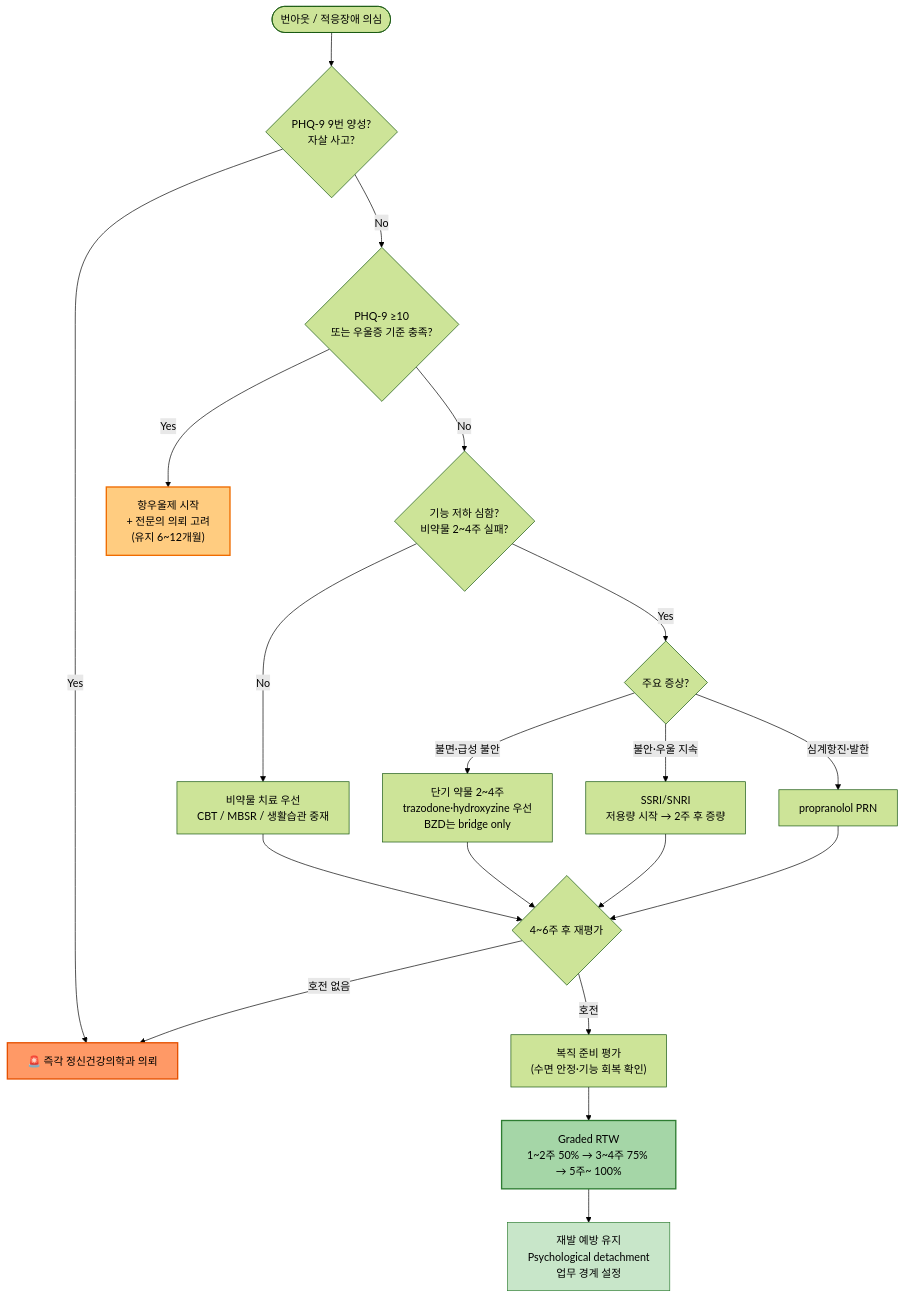
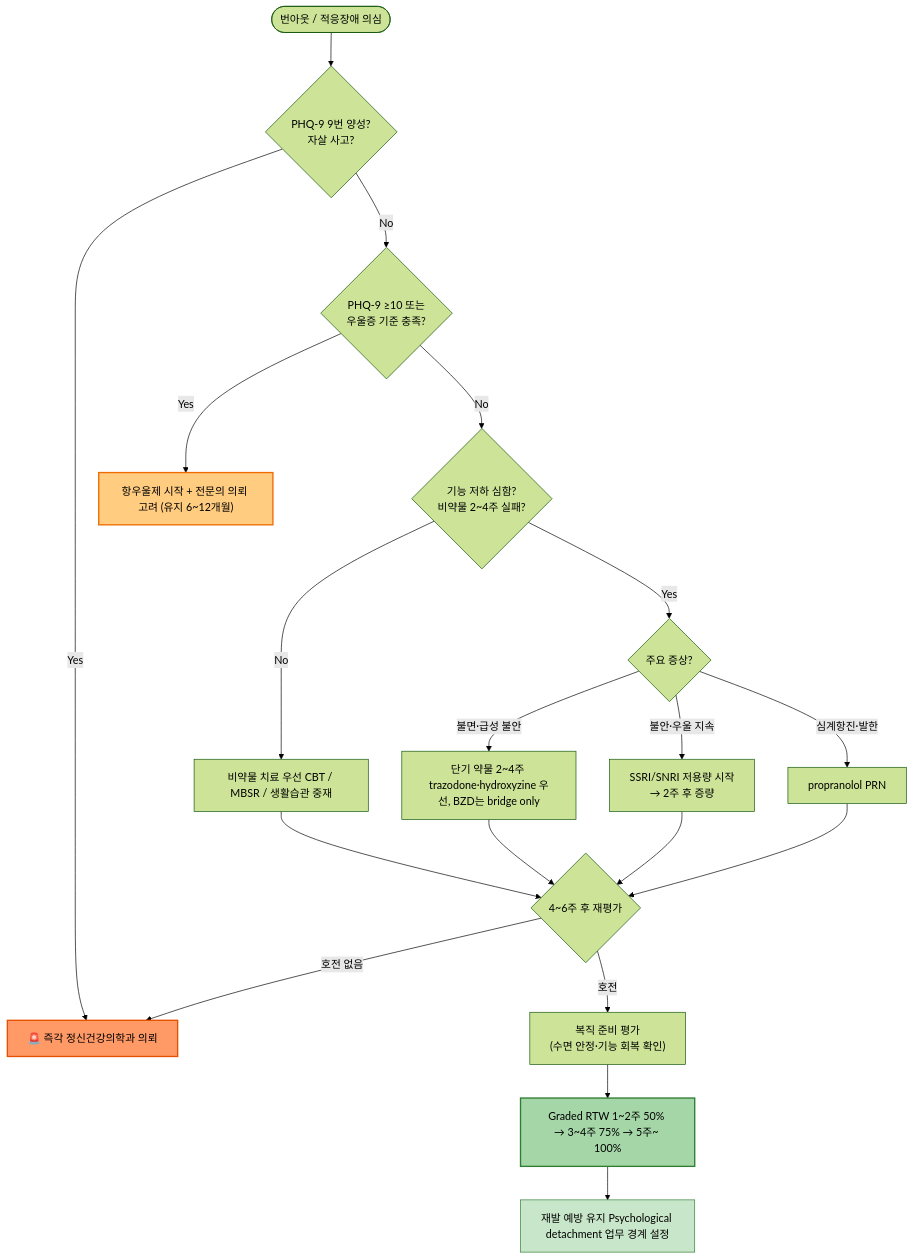
Before and after one commit to familyoh77/familyoh77: the diagram in 221_/burnout-stress-related-disorder.md, drawn with Mermaid (forest theme). The commit also changed other lines of this file, not shown here.

````diff
--- a/221_/burnout-stress-related-disorder.md
+++ b/221_/burnout-stress-related-disorder.md
@@ -202,26 +192,26 @@
 ```mermaid
 graph TD
-    A([번아웃 / 적응장애 의심]) --> B{PHQ-9 9번 양성?\n자살 사고?}
+    A([번아웃 / 적응장애 의심]) --> B{PHQ-9 9번 양성? <br/>자살 사고?}
     B -->|Yes| REF["🚨 즉각 정신건강의학과 의뢰"]
-    B -->|No| D{"PHQ-9 ≥10\n또는 우울증 기준 충족?"}
-    D -->|Yes| E["항우울제 시작\n+ 전문의 의뢰 고려\n(유지 6~12개월)"]
-    D -->|No| F{"기능 저하 심함?\n비약물 2~4주 실패?"}
-    F -->|No| G["비약물 치료 우선\nCBT / MBSR / 생활습관 중재"]
+    B -->|No| D{"PHQ-9 ≥10 또는 <br/>우울증 기준 충족?"}
+    D -->|Yes| E["항우울제 시작 + 전문의 의뢰 고려 (유지 6~12개월)"]
+    D -->|No| F{"기능 저하 심함? <br/>비약물 2~4주 실패?"}
+    F -->|No| G["비약물 치료 우선 CBT / MBSR / 생활습관 중재"]
     F -->|Yes| H{주요 증상?}
-    H -->|"불면·급성 불안"| I["단기 약물 2~4주\ntrazodone·hydroxyzine 우선\nBZD는 bridge only"]
-    H -->|"불안·우울 지속"| J["SSRI/SNRI\n저용량 시작 → 2주 후 증량"]
+    H -->|"불면·급성 불안"| I["단기 약물 2~4주 trazodone·hydroxyzine 우선, BZD는 bridge only"]
+    H -->|"불안·우울 지속"| J["SSRI/SNRI 저용량 시작 <br/>→ 2주 후 증량"]
     H -->|"심계항진·발한"| K[propranolol PRN]
     G --> L{4~6주 후 재평가}
     I --> L
     J --> L
     K --> L
     L -->|호전 없음| REF
-    L -->|호전| RTW["복직 준비 평가\n(수면 안정·기능 회복 확인)"]
-    RTW --> RTW2["Graded RTW\n1~2주 50% → 3~4주 75% → 5주~ 100%"]
-    RTW2 --> PREV["재발 예방 유지\nPsychological detachment\n업무 경계 설정"]
+    L -->|호전| RTW["복직 준비 평가 <br/>(수면 안정·기능 회복 확인)"]
+    RTW --> RTW2["Graded RTW 1~2주 50% <br/>→ 3~4주 75% → 5주~ 100%"]
+    RTW2 --> PREV["재발 예방 유지 Psychological detachment 업무 경계 설정"]
 
     style REF fill:#f96,stroke:#e65100,stroke-width:2px
     style E fill:#ffcc80,stroke:#ef6c00,stroke-width:2px
     style RTW2 fill:#a5d6a7,stroke:#2e7d32,stroke-width:2px
     style PREV fill:#c8e6c9,stroke:#2e7d32,stroke-width:1px
 ```
````
